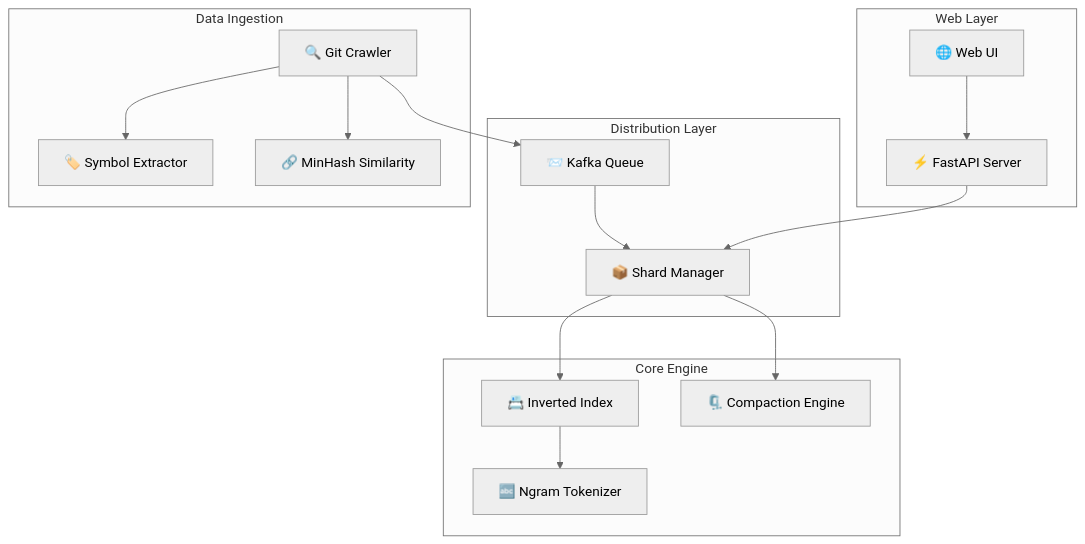
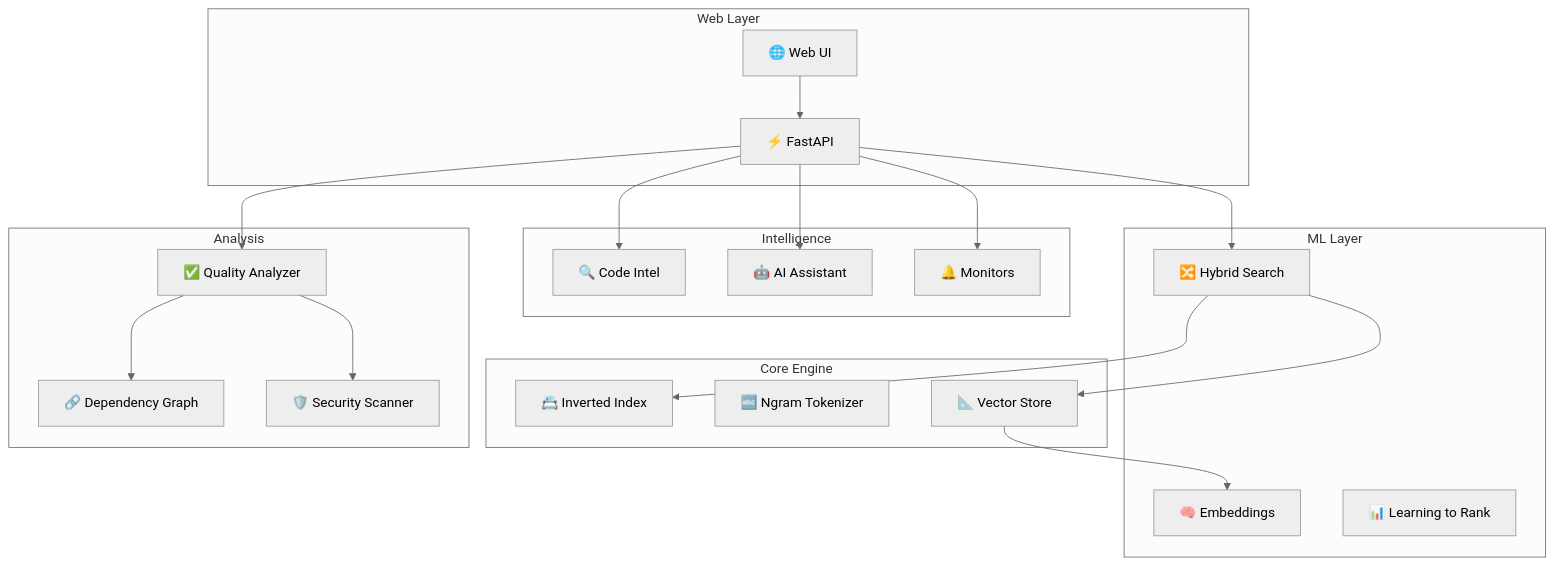
One commit to thanhauco/blackbird changed the diagram in README.md. Above: the diagram before and after it, drawn with Mermaid (neutral theme). The commit also changed other lines of this file, not shown here.

````diff
--- a/README.md
+++ b/README.md
@@ -118,34 +174,43 @@
 ```mermaid
 graph TB
     subgraph Web["Web Layer"]
         UI["🌐 Web UI"]
-        API["⚡ FastAPI Server"]
+        API["⚡ FastAPI"]
+    end
+    
+    subgraph ML["ML Layer"]
+        EMB["🧠 Embeddings"]
+        HYB["🔀 Hybrid Search"]
+        RANK["📊 Learning to Rank"]
+    end
+    
+    subgraph Intel["Intelligence"]
+        CI["🔍 Code Intel"]
+        AI["🤖 AI Assistant"]
+        MON["🔔 Monitors"]
     end
     
     subgraph Core["Core Engine"]
         IDX["📇 Inverted Index"]
         NGR["🔤 Ngram Tokenizer"]
-        CMP["🗜️ Compaction Engine"]
+        VEC["📐 Vector Store"]
     end
     
-    subgraph Distributed["Distribution Layer"]
-        SM["📦 Shard Manager"]
-        KF["📨 Kafka Queue"]
-    end
-    
-    subgraph Crawlers["Data Ingestion"]
-        GC["🔍 Git Crawler"]
-        SE["🏷️ Symbol Extractor"]
-        MH["🔗 MinHash Similarity"]
+    subgraph Analysis["Analysis"]
+        QA["✅ Quality Analyzer"]
+        DEP["🔗 Dependency Graph"]
+        SEC["🛡️ Security Scanner"]
     end
     
     UI --> API
-    API --> SM
-    SM --> IDX
-    IDX --> NGR
-    SM --> CMP
-    GC --> KF
-    KF --> SM
-    GC --> SE
-    GC --> MH
+    API --> HYB
+    HYB --> IDX
+    HYB --> VEC
+    VEC --> EMB
+    API --> CI
+    API --> AI
+    API --> MON
+    API --> QA
+    QA --> DEP
+    QA --> SEC
 ```
````
